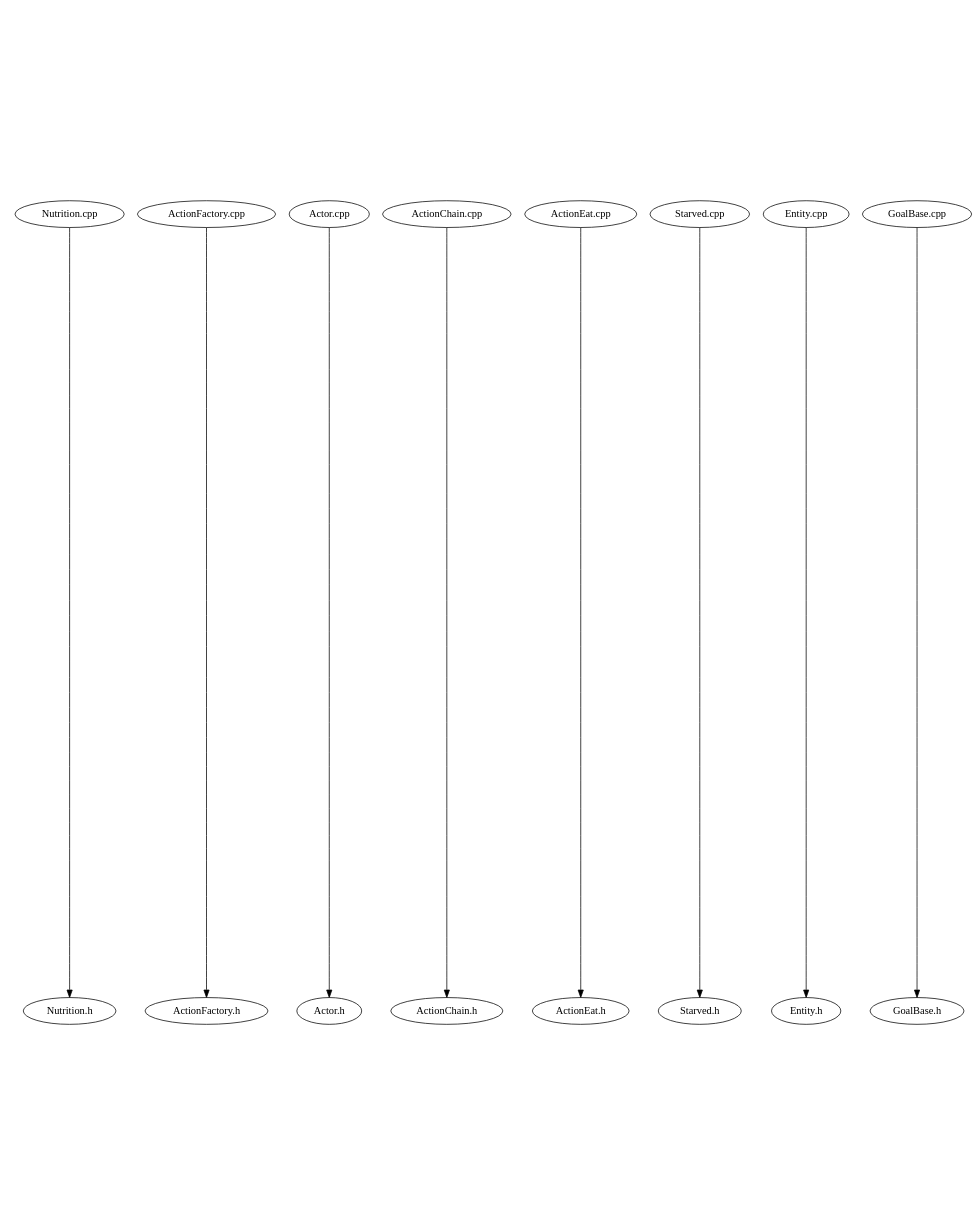
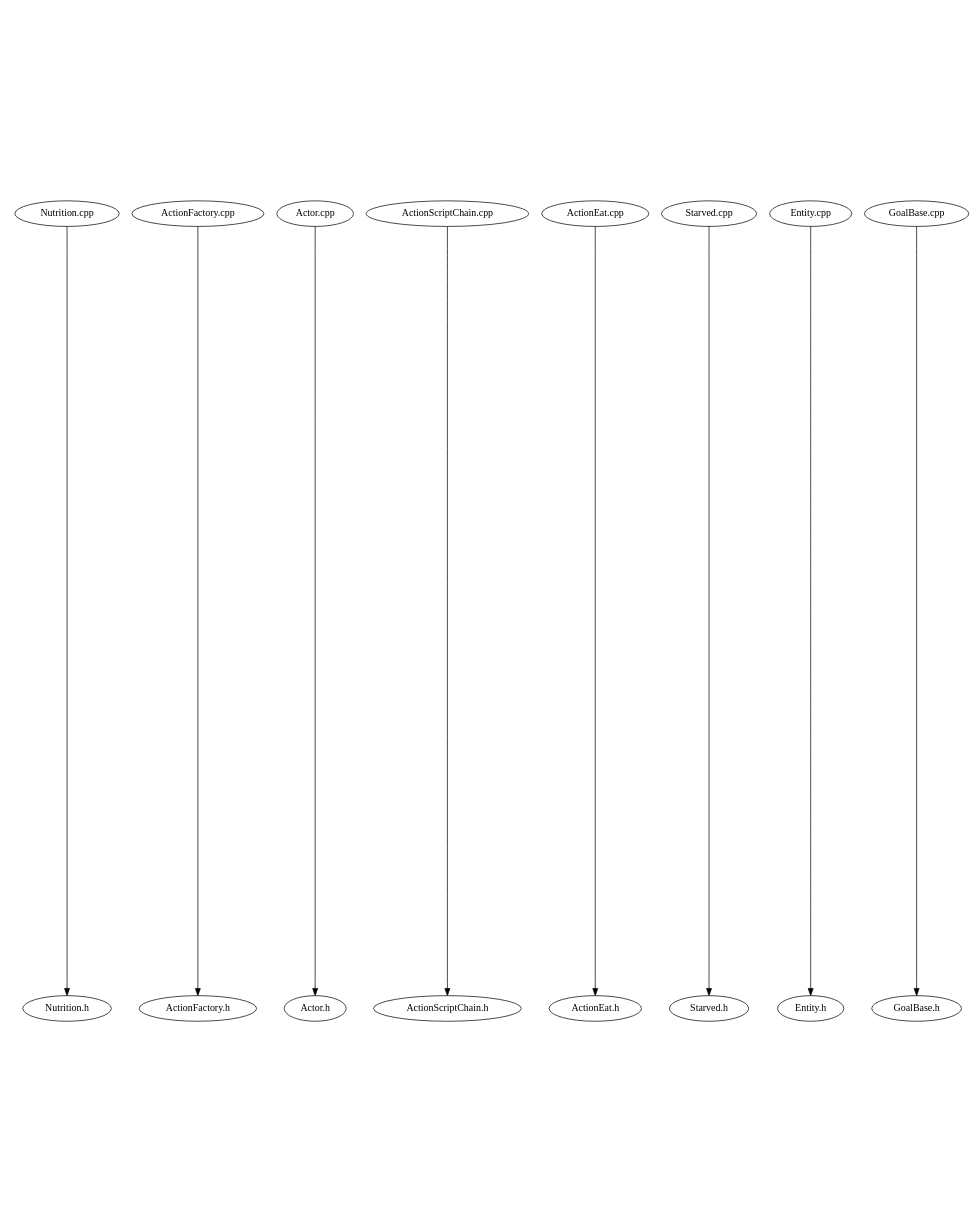
One commit to LucasSwitz/LifeSim changed the diagram in src/program.dot. Above: the diagram before and after it, drawn with Graphviz. The commit also changed 7 other files, not shown here.

```diff
--- a/src/program.dot
+++ b/src/program.dot
@@ -1,16 +1,16 @@
 digraph "source tree" {
     overlap=scale;
     size="8,10";
     ratio="fill";
     fontsize="16";
     fontname="Helvetica";
 	clusterrank="local";
 	"Nutrition.cpp" -> "Nutrition.h"
 	"ActionFactory.cpp" -> "ActionFactory.h"
 	"Actor.cpp" -> "Actor.h"
-	"ActionChain.cpp" -> "ActionChain.h"
+	"ActionScriptChain.cpp" -> "ActionScriptChain.h"
 	"ActionEat.cpp" -> "ActionEat.h"
 	"Starved.cpp" -> "Starved.h"
 	"Entity.cpp" -> "Entity.h"
 	"GoalBase.cpp" -> "GoalBase.h"
 }
```
